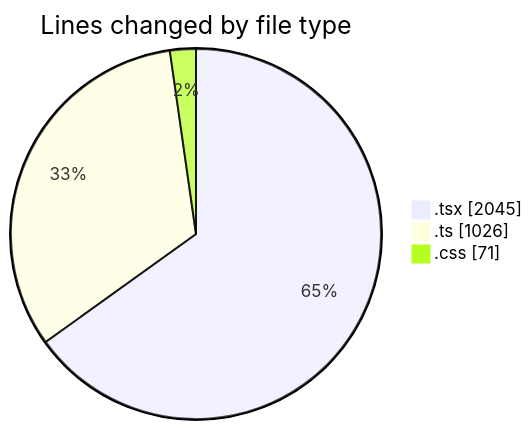
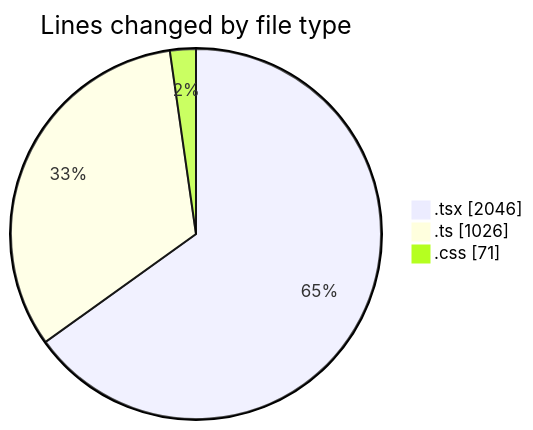
The first of 2 diagrams in 2025-01-27/mbc-web/README.md (robertbonfada/code-tracking), drawn with Mermaid before and after one commit. The commit also changed other lines of this file and 1 other file, not shown here.

````diff
--- a/2025-01-27/mbc-web/README.md
+++ b/2025-01-27/mbc-web/README.md
@@ -29,7 +29,7 @@
 ```mermaid
 pie showData
 title Lines changed by file type
-".tsx" : 2045
+".tsx" : 2046
 ".ts" : 1026
 ".css" : 71
 ```
````
